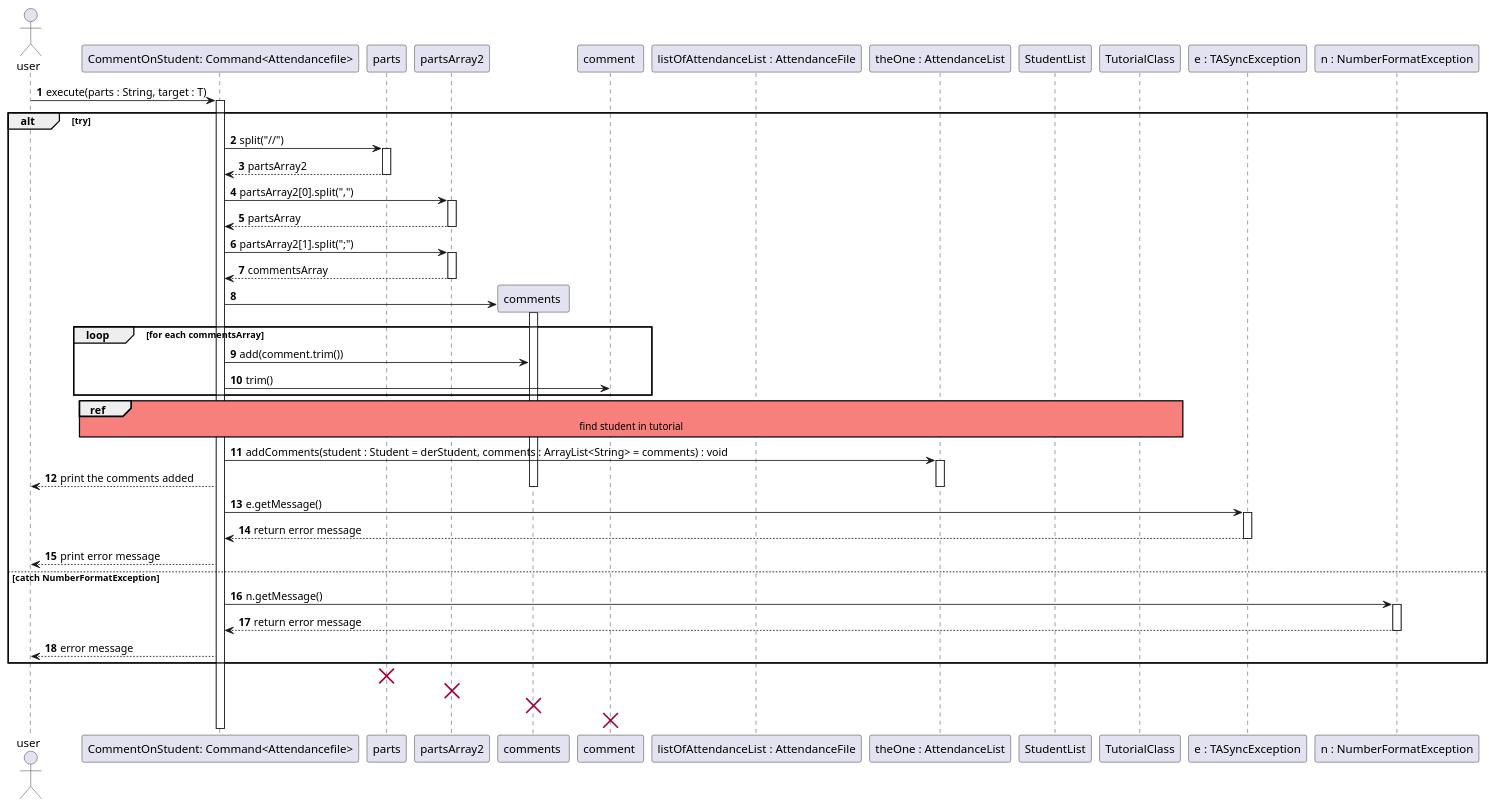
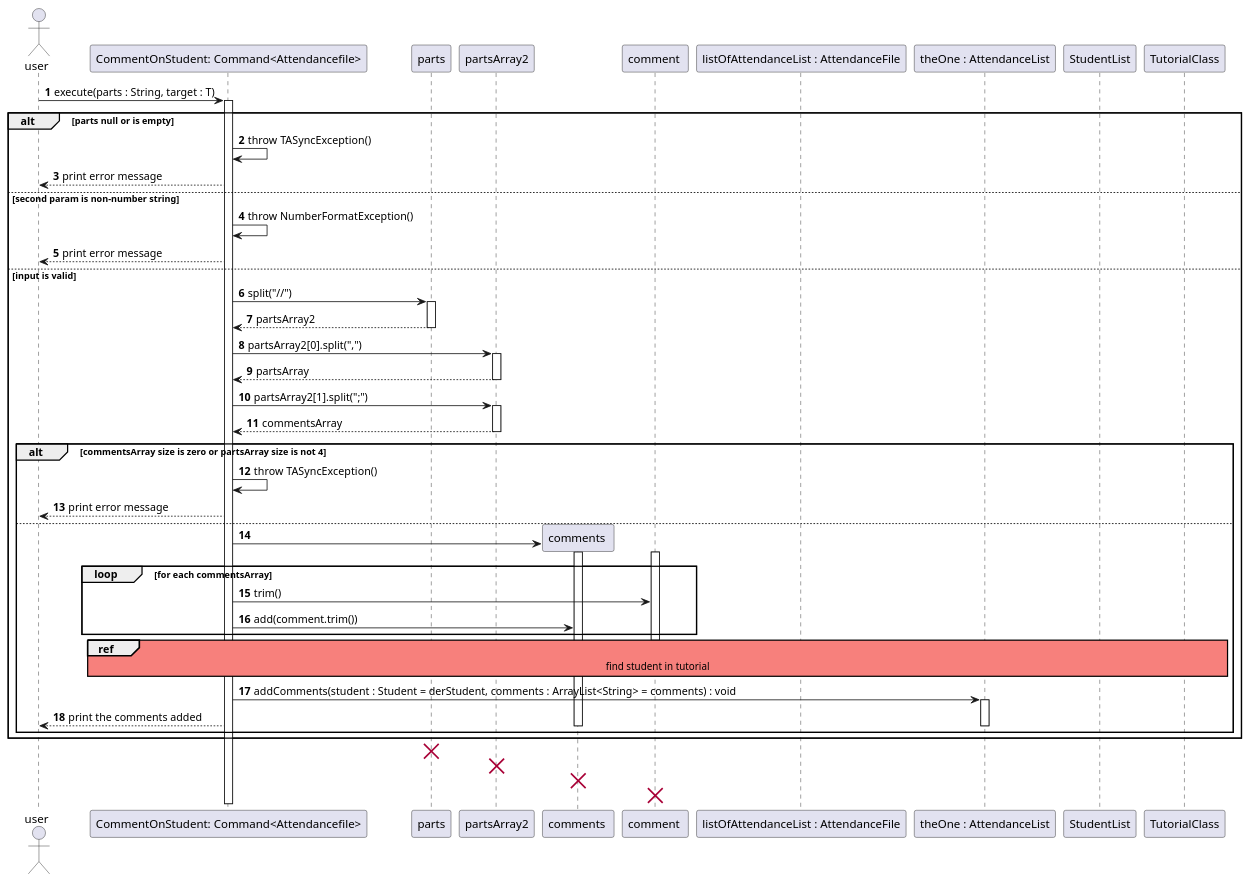
The diagram in docs/diagrams/attendancelistcommands/CommentOnStudentCommandSequenceDiagram.puml (wongyihao02/tp), drawn with PlantUML before and after one commit. The commit also changed 7 other files, not shown here.

Commit message:
updated seq diagrams

```diff
--- a/docs/diagrams/attendancelistcommands/CommentOnStudentCommandSequenceDiagram.puml
+++ b/docs/diagrams/attendancelistcommands/CommentOnStudentCommandSequenceDiagram.puml
@@ -1,77 +1,76 @@
 @startuml
 'https://plantuml.com/sequence-diagram
 actor user
 autonumber
 
 participant "CommentOnStudent: Command<Attendancefile>" as command
 participant "parts" as parts
 participant "partsArray2" as partsArray
 participant "comments " as comments
 participant "comment " as comment
 participant "listOfAttendanceList : AttendanceFile" as listOfAttendanceList
 participant "theOne : AttendanceList" as theOne
 participant "StudentList" as studentList
 participant "TutorialClass" as tutorialClass
-participant "e : TASyncException" as e
-participant "n : NumberFormatException" as n
-
 
 skinparam sequenceReferenceBackgroundColor #f7807c
-skinparam sequenceAltBackgroundColor #f7807c
 
 
 user -> command : execute(parts : String, target : T)
 activate command
-alt try
-
+alt parts null or is empty
+command -> command : throw TASyncException()
+command --> user : print error message
+else second param is non-number string
+command -> command : throw NumberFormatException()
+command --> user : print error message
+else input is valid
     command -> parts : split("//")
     activate parts
     parts --> command : partsArray2
     deactivate parts
     command -> partsArray : partsArray2[0].split(",")
     activate partsArray
     command <-- partsArray : partsArray
     deactivate partsArray
     command -> partsArray : partsArray2[1].split(";")
     activate partsArray
     command <-- partsArray : commentsArray
     deactivate partsArray
+    alt commentsArray size is zero or partsArray size is not 4
+    command -> command : throw TASyncException()
+    command --> user : print error message
+    else
     create comments
     command -> comments
     activate comments
 
     loop for each commentsArray
+    activate comment
+    command -> comment : trim()
     command -> comments : add(comment.trim())
-    command -> comment : trim()
+
     end loop
+    deactivate comment
 
 ref over command, listOfAttendanceList, theOne, tutorialClass, studentList
 find student in tutorial
 end ref
 
 
     command -> theOne : addComments(student : Student = derStudent, comments : ArrayList<String> = comments) : void
     activate theOne
     command --> user : print the comments added
     deactivate comments
 
 deactivate theOne
-    command -> e : e.getMessage()
-        activate e
-        e --> command : return error message
-        deactivate e
-        command --> user  : print error message
 
-        else catch NumberFormatException
-         command -> n : n.getMessage()
-         activate n
-         n --> command : return error message
-         deactivate n
-         command --> user : error message
 end
+end
+
 destroy parts
 destroy partsArray
 destroy comments
 destroy comment
 
 @enduml
```
